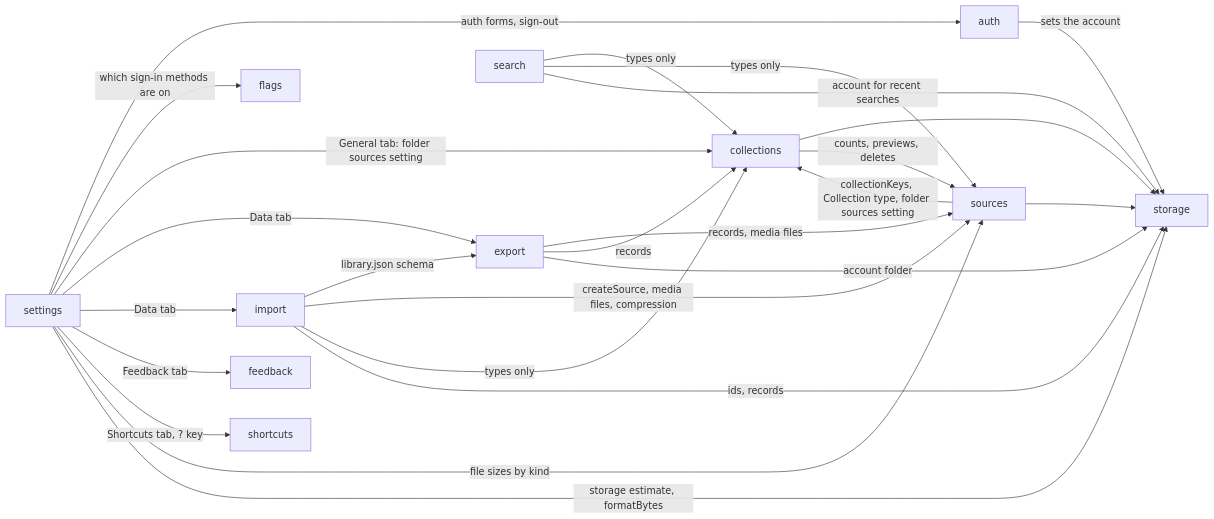
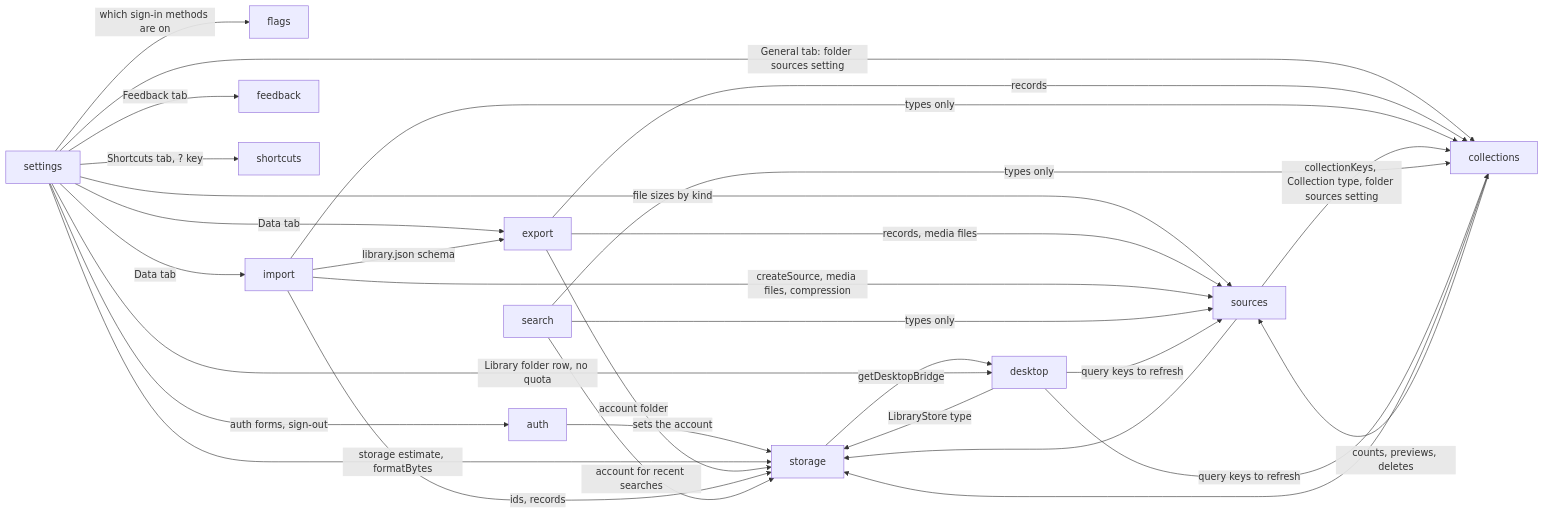
One commit to kun1225/mado changed the diagram in apps/web/ARCHITECTURE.md. Above: the diagram before and after it, drawn with Mermaid. The commit also changed other lines of this file and 23 other files, not shown here.

First line of the commit message:
feat: use the library folder in the web app on desktop

````diff
--- a/apps/web/ARCHITECTURE.md
+++ b/apps/web/ARCHITECTURE.md
@@ -25,27 +26,32 @@
 ```mermaid
 graph LR
   auth -->|sets the account| storage
   settings -->|auth forms, sign-out| auth
   settings -->|which sign-in methods are on| flags
   settings -->|General tab: folder sources setting| collections
   settings -->|Data tab| export
   settings -->|Data tab| import
   settings -->|Feedback tab| feedback
   settings -->|Shortcuts tab, ? key| shortcuts
   settings -->|file sizes by kind| sources
   settings -->|storage estimate, formatBytes| storage
   export -->|records, media files| sources
   export -->|records| collections
   export -->|account folder| storage
   import -->|library.json schema| export
   import -->|createSource, media files, compression| sources
   import -->|types only| collections
   import -->|ids, records| storage
   sources --> storage
   collections --> storage
   sources -->|collectionKeys, Collection type, folder sources setting| collections
   collections -->|counts, previews, deletes| sources
   search -->|types only| collections
   search -->|types only| sources
   search -->|account for recent searches| storage
+  storage -->|getDesktopBridge| desktop
+  desktop -->|LibraryStore type| storage
+  desktop -->|query keys to refresh| sources
+  desktop -->|query keys to refresh| collections
+  settings -->|Library folder row, no quota| desktop
 ```
````
